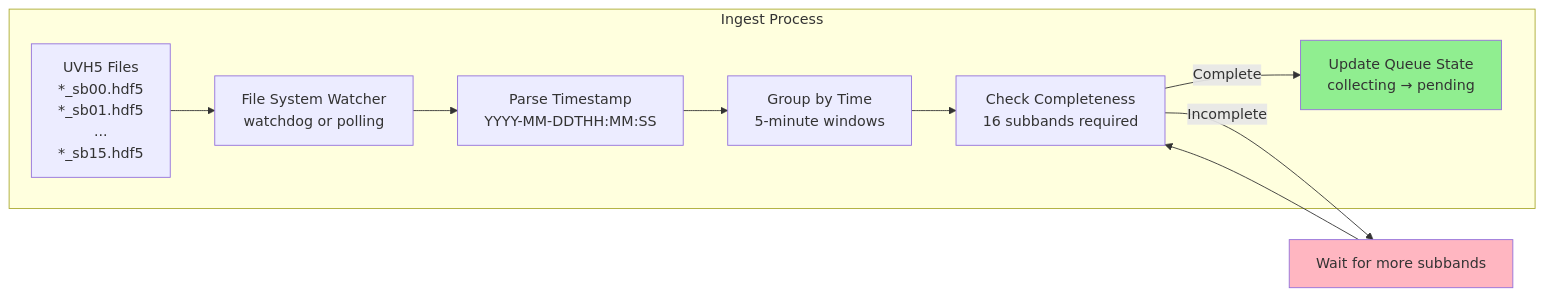
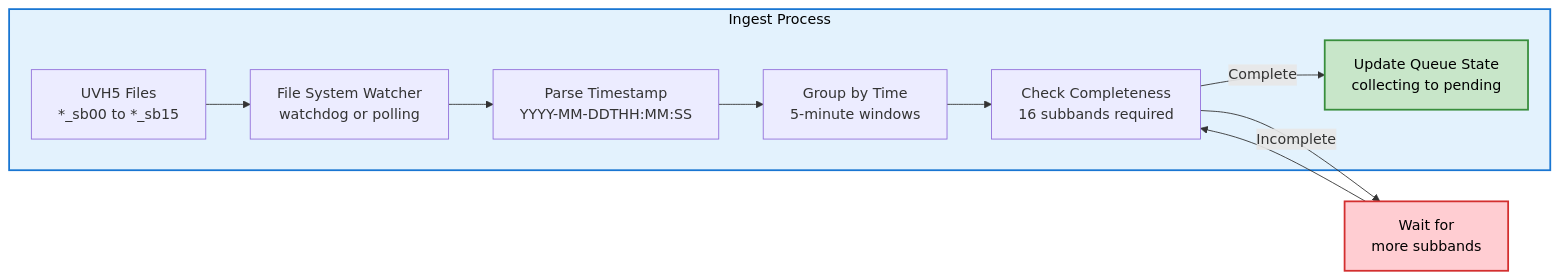
Before and after one commit to dsa110/dsa110-contimg: the second of 12 diagrams in docs/concepts/pipeline_workflow_visualization.md, drawn with Mermaid. The commit also changed other lines of this file and 423 other files, not shown here.

````diff
--- a/docs/concepts/pipeline_workflow_visualization.md
+++ b/docs/concepts/pipeline_workflow_visualization.md
@@ -150,22 +145,23 @@
 ```mermaid
 flowchart LR
-    subgraph INGEST_DETAIL["Ingest Process"]
-        Files[UVH5 Files<br/>*_sb00.hdf5<br/>*_sb01.hdf5<br/>...<br/>*_sb15.hdf5]
-        Watch[File System Watcher<br/>watchdog or polling]
-        Parse[Parse Timestamp<br/>YYYY-MM-DDTHH:MM:SS]
-        Group[Group by Time<br/>5-minute windows]
-        Check[Check Completeness<br/>16 subbands required]
-        State[Update Queue State<br/>collecting → pending]
-    end
-    
-    Files --> Watch
-    Watch --> Parse
-    Parse --> Group
-    Group --> Check
-    Check -->|Complete| State
-    Check -->|Incomplete| Wait[Wait for more subbands]
-    Wait --> Check
-    
-    style State fill:#90EE90
-    style Wait fill:#FFB6C1
+ subgraph INGEST_DETAIL["Ingest Process"]
+ Files["UVH5 Files<br/>*_sb00 to *_sb15"]
+ Watch["File System Watcher<br/>watchdog or polling"]
+ Parse["Parse Timestamp<br/>YYYY-MM-DDTHH:MM:SS"]
+ Group["Group by Time<br/>5-minute windows"]
+ Check["Check Completeness<br/>16 subbands required"]
+ State["Update Queue State<br/>collecting to pending"]
+ end
+ 
+ Files --> Watch
+ Watch --> Parse
+ Parse --> Group
+ Group --> Check
+ Check -->|Complete| State
+ Check -->|Incomplete| Wait["Wait for<br/>more subbands"]
+ Wait --> Check
+ 
+ style INGEST_DETAIL fill:#E3F2FD,stroke:#1976D2,stroke-width:2px,color:#000
+ style State fill:#C8E6C9,stroke:#388E3C,stroke-width:2px,color:#000
+ style Wait fill:#FFCDD2,stroke:#D32F2F,stroke-width:2px,color:#000
 ```
````
